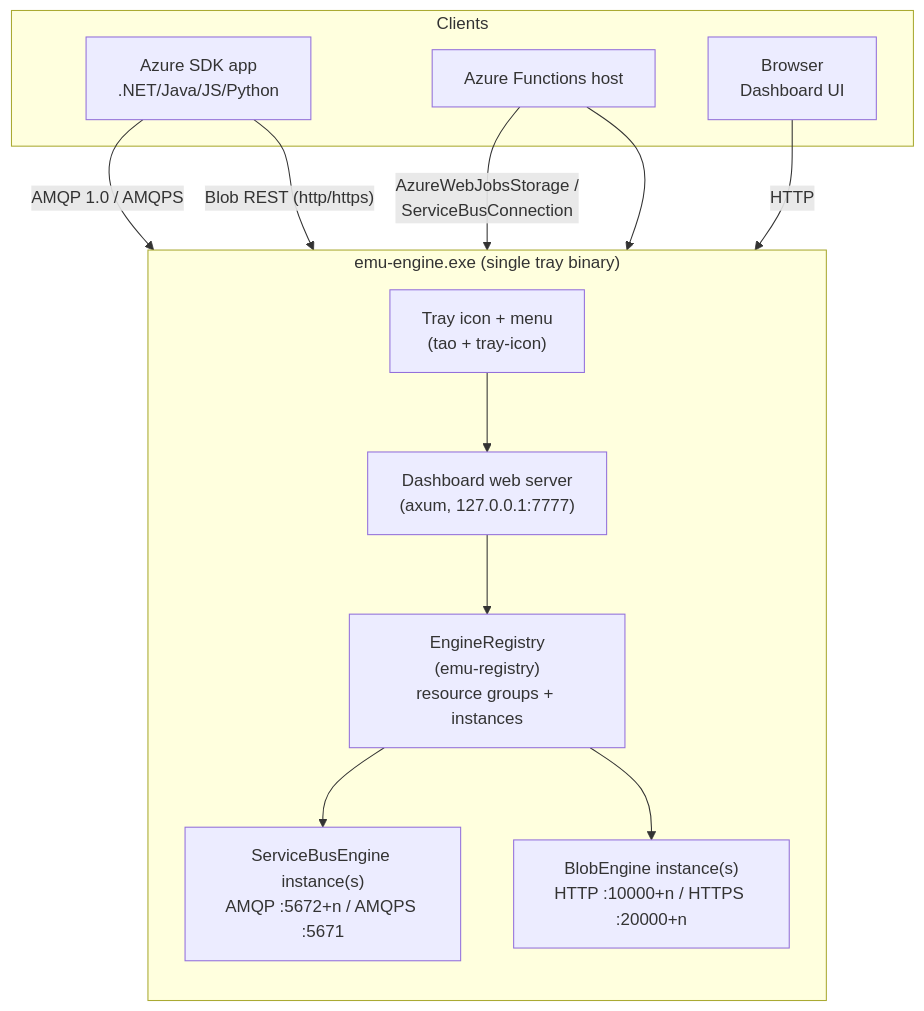
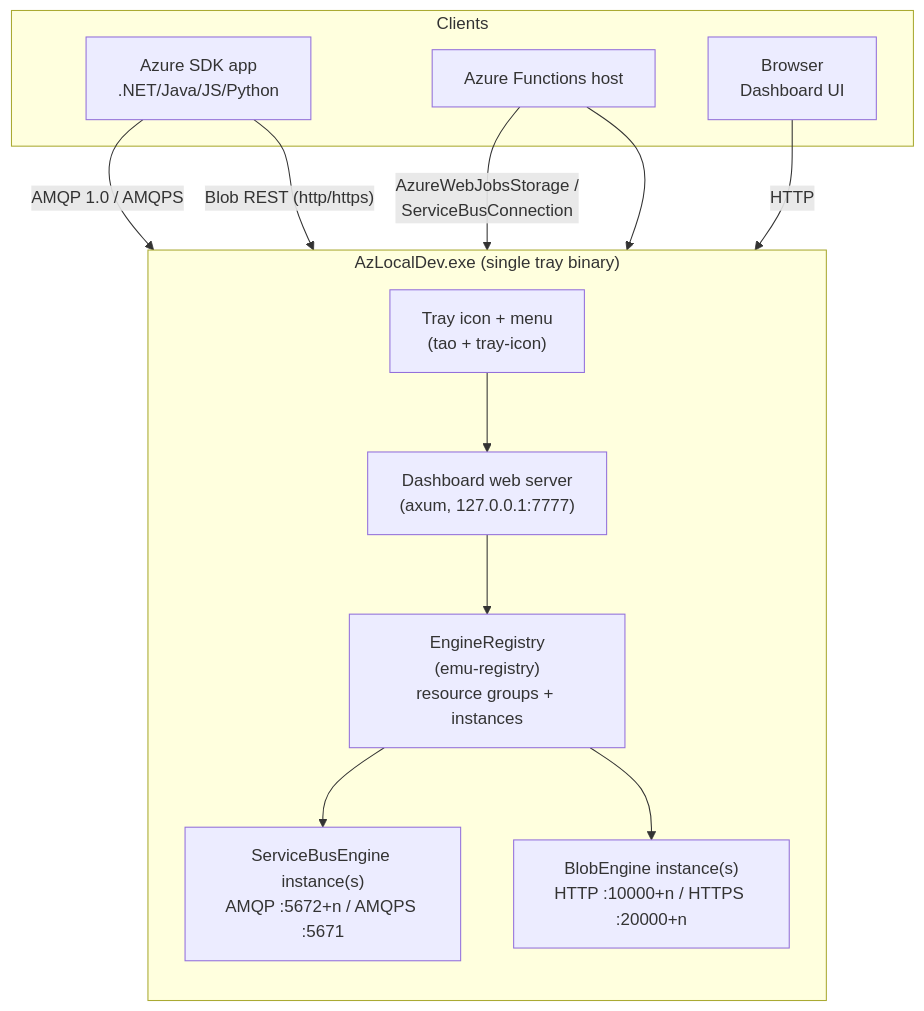
One commit to BipulRaman/AzLocalDev changed the diagram in docs/DESIGN.md. Above: the diagram before and after it, drawn with Mermaid. The commit also changed other lines of this file and 19 other files, not shown here.

First line of the commit message:
feat: rename application from emu-engine to AzLocalDev and update related paths

````diff
--- a/docs/DESIGN.md
+++ b/docs/DESIGN.md
@@ -33,27 +33,27 @@
 ```mermaid
 flowchart TB
     subgraph Clients
         A1["Azure SDK app<br/>.NET/Java/JS/Python"]
         A2["Azure Functions host"]
         A3["Browser<br/>Dashboard UI"]
     end
 
-    subgraph App["emu-engine.exe (single tray binary)"]
+    subgraph App["AzLocalDev.exe (single tray binary)"]
         direction TB
         TRAY["Tray icon + menu<br/>(tao + tray-icon)"]
         DASH["Dashboard web server<br/>(axum, 127.0.0.1:7777)"]
         REG["EngineRegistry<br/>(emu-registry)<br/>resource groups + instances"]
         SB["ServiceBusEngine instance(s)<br/>AMQP :5672+n / AMQPS :5671"]
         BLOB["BlobEngine instance(s)<br/>HTTP :10000+n / HTTPS :20000+n"]
     end
 
     A1 -- "AMQP 1.0 / AMQPS" --> SB
     A1 -- "Blob REST (http/https)" --> BLOB
     A2 -- "AzureWebJobsStorage /<br/>ServiceBusConnection" --> SB
     A2 --> BLOB
     A3 -- "HTTP" --> DASH
     TRAY --> DASH
     DASH --> REG
     REG --> SB
     REG --> BLOB
 ```
````
